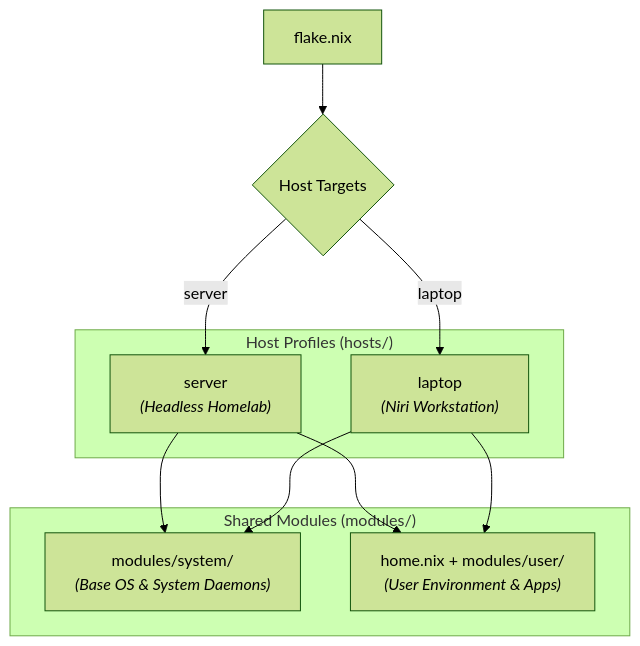
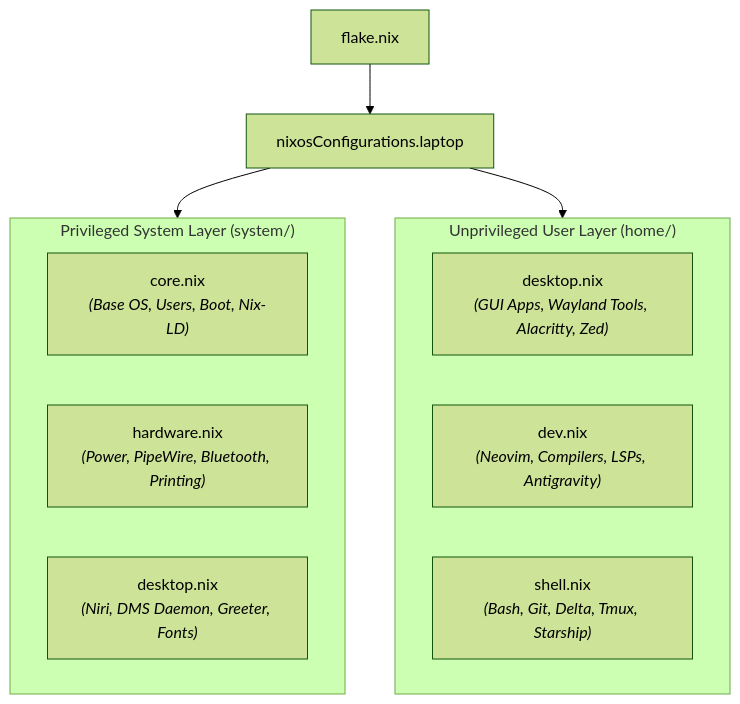
One commit to kiskaadee/nixos-config changed the diagram in README.md. Above: the diagram before and after it, drawn with Mermaid (forest theme). The commit also changed other lines of this file and 55 other files, not shown here.

````diff
--- a/README.md
+++ b/README.md
@@ -11,23 +13,19 @@
 ```mermaid
 graph TD
-    A["flake.nix"] --> B{"Host Targets"}
+    A["flake.nix"] --> B["nixosConfigurations.laptop"]
 
-    subgraph Hosts ["Host Profiles (hosts/)"]
-        S["server<br/><i>(Headless Homelab)</i>"]
-        L["laptop<br/><i>(Niri Workstation)</i>"]
+    subgraph System ["Privileged System Layer (system/)"]
+        S_CORE["core.nix<br/><i>(Base OS, Users, Boot, Nix-LD)</i>"]
+        S_HW["hardware.nix<br/><i>(Power, PipeWire, Bluetooth, Printing)</i>"]
+        S_DESK["desktop.nix<br/><i>(Niri, DMS Daemon, Greeter, Fonts)</i>"]
     end
 
-    B -->|"server"| S
-    B -->|"laptop"| L
-
-    subgraph Shared ["Shared Modules (modules/)"]
-        SYS["modules/system/<br/><i>(Base OS & System Daemons)</i>"]
-        USER["home.nix + modules/user/<br/><i>(User Environment & Apps)</i>"]
+    subgraph User ["Unprivileged User Layer (home/)"]
+        U_DESK["desktop.nix<br/><i>(GUI Apps, Wayland Tools, Alacritty, Zed)</i>"]
+        U_DEV["dev.nix<br/><i>(Neovim, Compilers, LSPs, Antigravity)</i>"]
+        U_SH["shell.nix<br/><i>(Bash, Git, Delta, Tmux, Starship)</i>"]
     end
 
-    S --> SYS
-    L --> SYS
-
-    S --> USER
-    L --> USER
+    B --> System
+    B --> User
 ```
````
